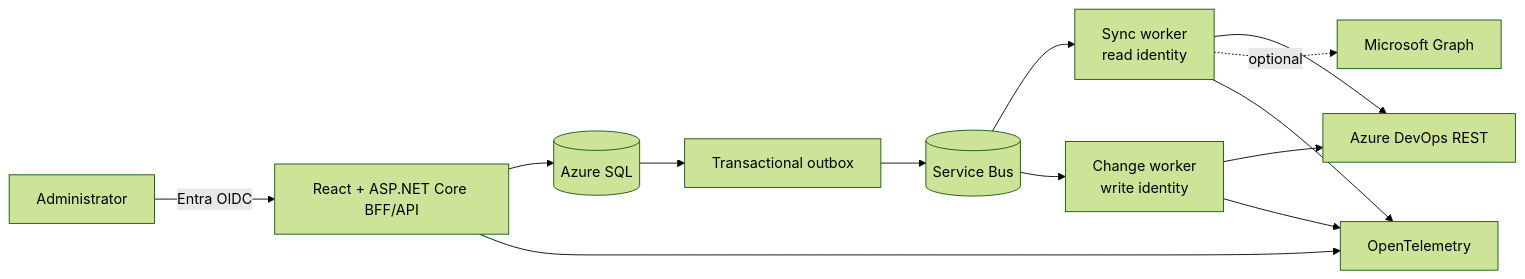
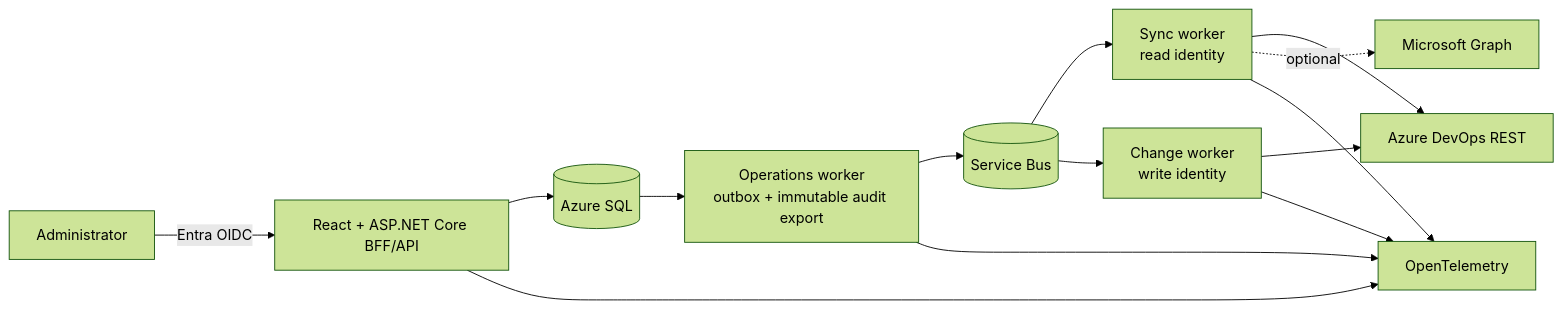
Before and after one commit to Funnybeer123/AdoPermissions: the diagram in docs/IMPLEMENTATION-PLAN.md, drawn with Mermaid (forest theme). The commit also changed other lines of this file and 18 other files, not shown here.

````diff
--- a/docs/IMPLEMENTATION-PLAN.md
+++ b/docs/IMPLEMENTATION-PLAN.md
@@ -70,15 +77,16 @@
 ```mermaid
 flowchart LR
     U[Administrator] -->|Entra OIDC| API[React + ASP.NET Core BFF/API]
     API --> SQL[(Azure SQL)]
-    SQL --> OUT[Transactional outbox]
-    OUT --> SB[(Service Bus)]
+    SQL --> OPS[Operations worker<br/>outbox + immutable audit export]
+    OPS --> SB[(Service Bus)]
     SB --> SYNC[Sync worker<br/>read identity]
     SB --> CHANGE[Change worker<br/>write identity]
     SYNC --> ADO[Azure DevOps REST]
     CHANGE --> ADO
     SYNC -. optional .-> GRAPH[Microsoft Graph]
     API --> OTEL[OpenTelemetry]
+    OPS --> OTEL
     SYNC --> OTEL
     CHANGE --> OTEL
 ```
````
